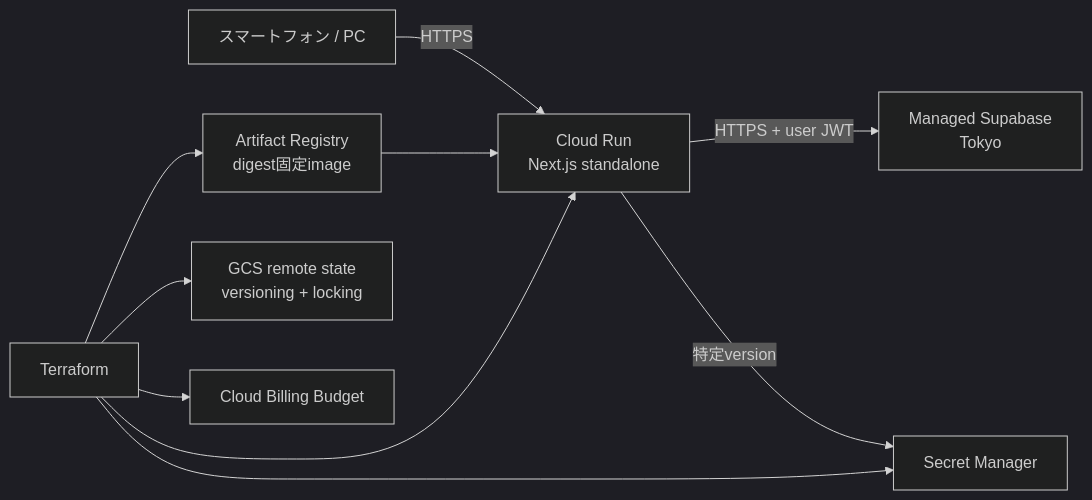
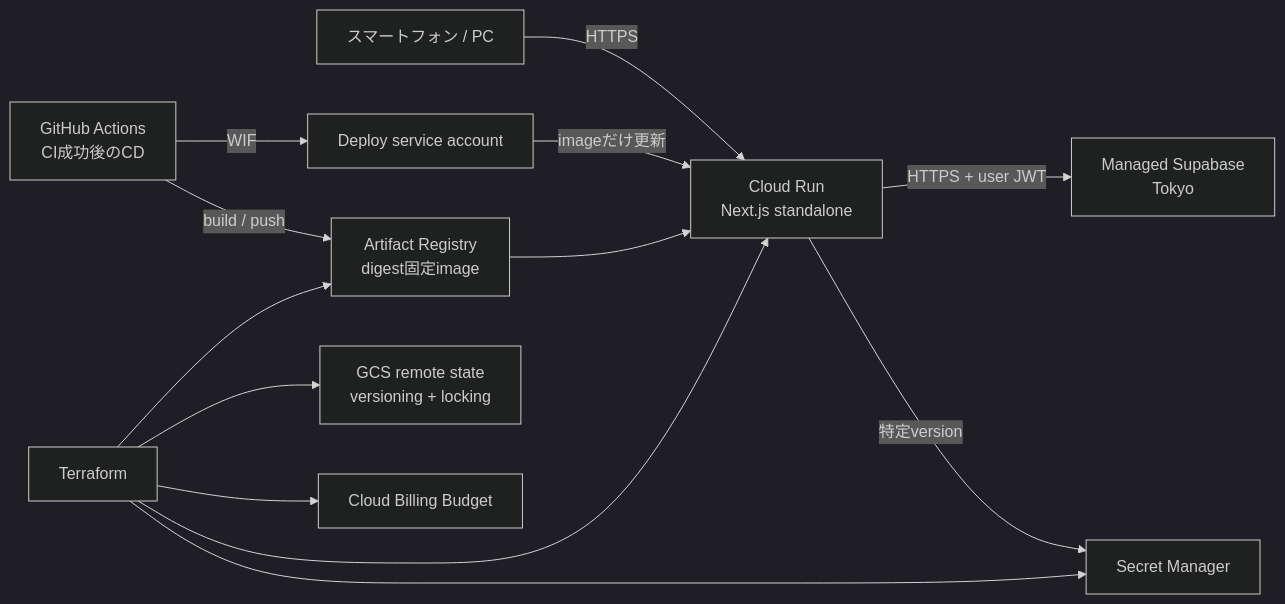
Before and after one commit to ttttai/account-book: the diagram in specs/11-production-infrastructure.md, drawn with Mermaid (dark theme). The commit also changed other lines of this file and 15 other files, not shown here.

````diff
--- a/specs/11-production-infrastructure.md
+++ b/specs/11-production-infrastructure.md
@@ -33,12 +36,15 @@
 ```mermaid
 flowchart LR
     U[スマートフォン / PC] -->|HTTPS| CR[Cloud Run<br/>Next.js standalone]
     CR -->|HTTPS + user JWT| SB[Managed Supabase<br/>Tokyo]
     CR -->|特定version| SM[Secret Manager]
-    AR[Artifact Registry<br/>digest固定image] --> CR
+    GH[GitHub Actions<br/>CI成功後のCD] -->|WIF| DEPLOY[Deploy service account]
+    GH -->|build / push| AR[Artifact Registry<br/>digest固定image]
+    DEPLOY -->|imageだけ更新| CR
+    AR --> CR
     TF[Terraform] --> GCS[GCS remote state<br/>versioning + locking]
     TF --> AR
     TF --> SM
     TF --> CR
     TF --> BUDGET[Cloud Billing Budget]
 ```
````
